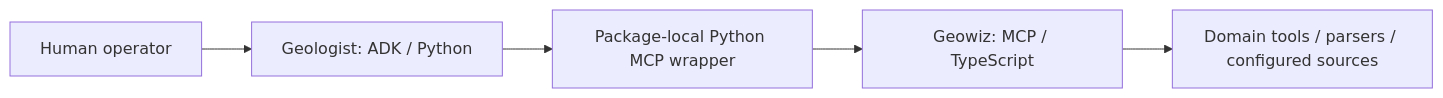
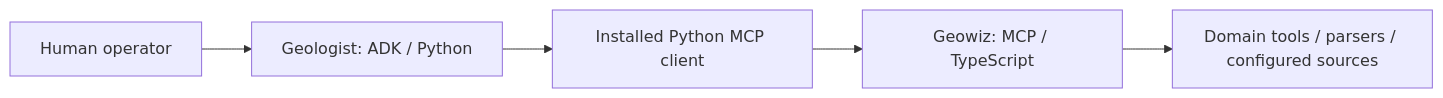
Before and after one commit to ryemyster/ShaleYeah: the diagram in docs/ARCHITECTURE.md, drawn with Mermaid. The commit also changed other lines of this file and 46 other files, not shown here.

Commit message:
refactor: share Python MCP client and adopt it in Geologist

````diff
--- a/docs/ARCHITECTURE.md
+++ b/docs/ARCHITECTURE.md
@@ -19,7 +19,7 @@
 ```mermaid
 flowchart LR
     Human[Human operator] --> Agent[Geologist: ADK / Python]
-    Agent --> Client[Package-local Python MCP wrapper]
+    Agent --> Client[Installed Python MCP client]
     Client --> Server[Geowiz: MCP / TypeScript]
     Server --> Logic[Domain tools / parsers / configured sources]
 ```
````
